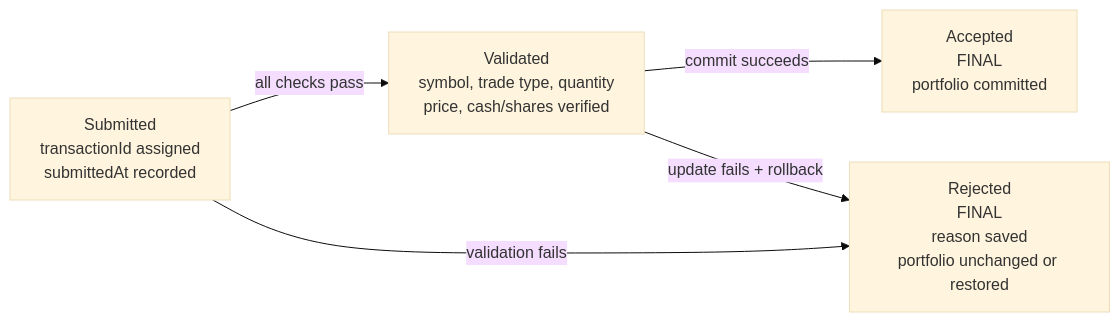
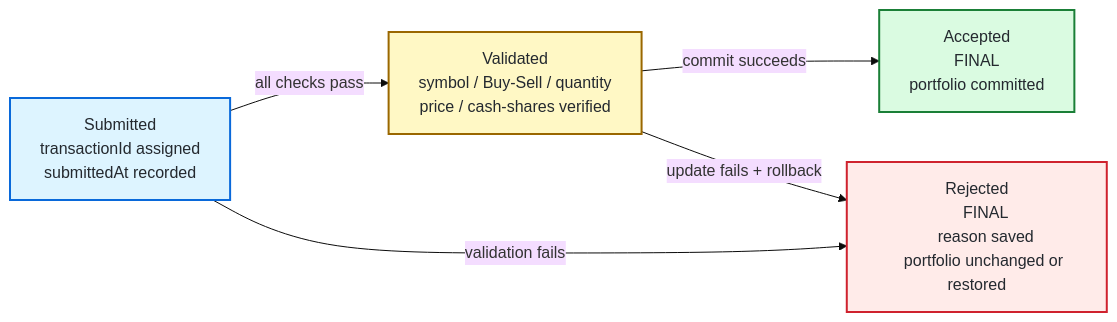
One commit to AustinNguyen1/MIS3371-Section10129-Group14 changed the diagram in Testing/New Docs/state-diagram.md. Above: the diagram before and after it, drawn with Mermaid (base theme).

````diff
--- a/Testing/New Docs/state-diagram.md
+++ b/Testing/New Docs/state-diagram.md
@@ -3,12 +1,34 @@
 ```mermaid
 flowchart LR
-    S["Submitted<br/>transactionId assigned<br/>submittedAt recorded"]
-    V["Validated<br/>symbol, trade type, quantity<br/>price, cash/shares verified"]
-    A["Accepted<br/>FINAL<br/>portfolio committed"]
-    R["Rejected<br/>FINAL<br/>reason saved<br/>portfolio unchanged or restored"]
+    S["Submitted
+    transactionId assigned
+    submittedAt recorded"]
+
+    V["Validated
+    symbol / Buy-Sell / quantity
+    price / cash-shares verified"]
+
+    A["Accepted
+    FINAL
+    portfolio committed"]
+
+    R["Rejected
+    FINAL
+    reason saved
+    portfolio unchanged or restored"]
 
     S -- "all checks pass" --> V
     S -- "validation fails" --> R
     V -- "commit succeeds" --> A
     V -- "update fails + rollback" --> R
+
+    classDef submitted fill:#ddf4ff,stroke:#0969DA,color:#24292f,stroke-width:2px
+    classDef validated fill:#fff8c5,stroke:#9a6700,color:#24292f,stroke-width:2px
+    classDef accepted fill:#dafbe1,stroke:#1a7f37,color:#24292f,stroke-width:2px
+    classDef rejected fill:#ffebe9,stroke:#cf222e,color:#24292f,stroke-width:2px
+
+    class S submitted
+    class V validated
+    class A accepted
+    class R rejected
 ```
````
